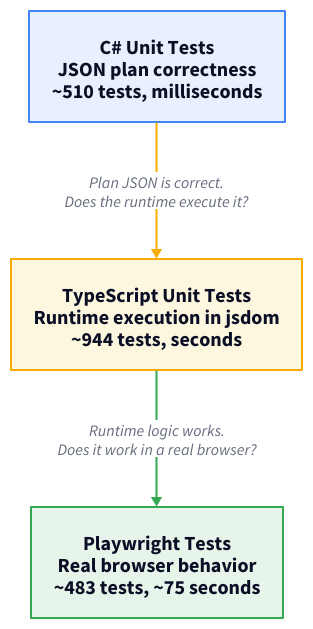
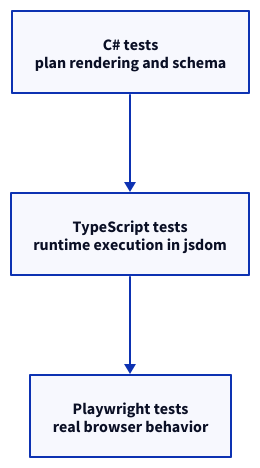
Before and after one commit to marafiq/alis-reactive: the diagram in docs-site/src/content/docs/testing/strategy.mdx, drawn with D2. The commit also changed other lines of this file and 1014 other files, not shown here.

````diff
--- a/docs-site/src/content/docs/testing/strategy.mdx
+++ b/docs-site/src/content/docs/testing/strategy.mdx
@@ -10,33 +10,10 @@
 ```d2
 direction: down
 
-layer1: "C# Unit Tests\nJSON plan correctness\n~510 tests, milliseconds" {
-  shape: rectangle
-  style.fill: "#e8f0fe"
-  style.stroke: "#4285f4"
-  style.font-size: 20
-}
+layer1: "C# tests\nplan rendering and schema" { shape: rectangle }
+layer2: "TypeScript tests\nruntime execution in jsdom" { shape: rectangle }
+layer3: "Playwright tests\nreal browser behavior" { shape: rectangle }
 
-layer2: "TypeScript Unit Tests\nRuntime execution in jsdom\n~944 tests, seconds" {
-  shape: rectangle
-  style.fill: "#fef7e0"
-  style.stroke: "#f9ab00"
-  style.font-size: 20
-}
-
-layer3: "Playwright Tests\nReal browser behavior\n~483 tests, ~75 seconds" {
-  shape: rectangle
-  style.fill: "#e6f4ea"
-  style.stroke: "#34a853"
-  style.font-size: 20
-}
-
-layer1 -> layer2: "Plan JSON is correct.\nDoes the runtime execute it?" {
-  style.font-size: 16
-  style.stroke: "#f9ab00"
-}
-layer2 -> layer3: "Runtime logic works.\nDoes it work in a real browser?" {
-  style.font-size: 16
-  style.stroke: "#34a853"
-}
+layer1 -> layer2
+layer2 -> layer3
 ```
````
